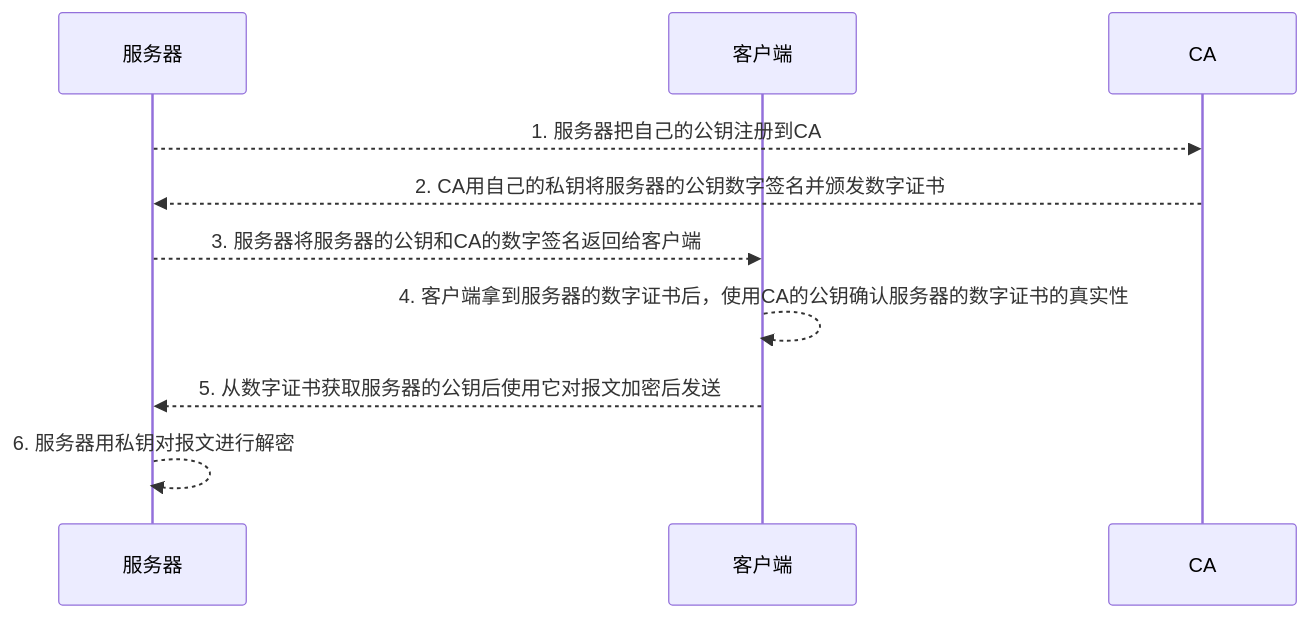
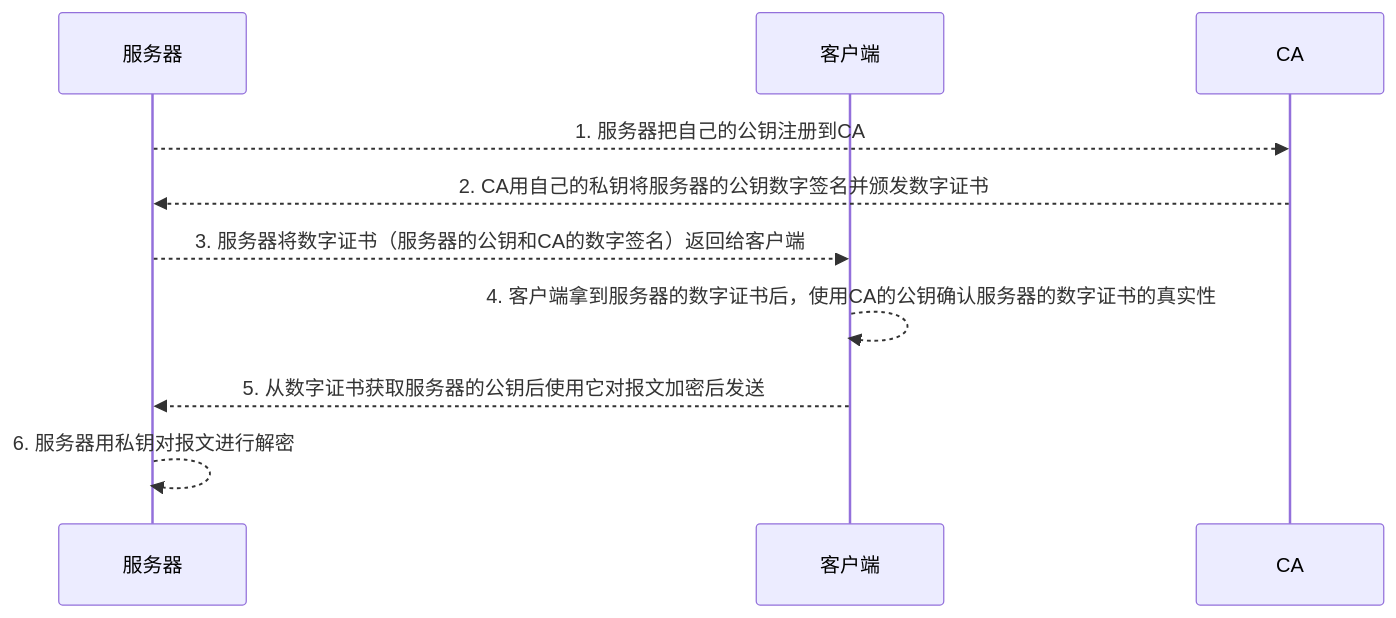
One commit to gaocong1990/interview changed the diagram in HTTP相关.md. Above: the diagram before and after it, drawn with Mermaid. The commit also changed other lines of this file and 4 other files, not shown here.

````diff
--- a/HTTP相关.md
+++ b/HTTP相关.md
@@ -44,12 +44,12 @@
 ```mermaid
 	sequenceDiagram
     participant S as 服务器
     participant C as 客户端
 
 		S-->>CA : 1. 服务器把自己的公钥注册到CA
 		CA-->>S : 2. CA用自己的私钥将服务器的公钥数字签名并颁发数字证书
-    S-->>C : 3. 服务器将服务器的公钥和CA的数字签名返回给客户端
+    S-->>C : 3. 服务器将数字证书（服务器的公钥和CA的数字签名）返回给客户端
     C-->>C : 4. 客户端拿到服务器的数字证书后，使用CA的公钥确认服务器的数字证书的真实性
     C-->>S : 5. 从数字证书获取服务器的公钥后使用它对报文加密后发送
     S-->>S : 6. 服务器用私钥对报文进行解密
 ```
````
